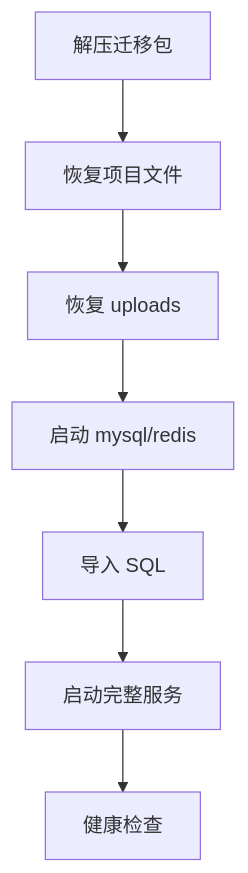
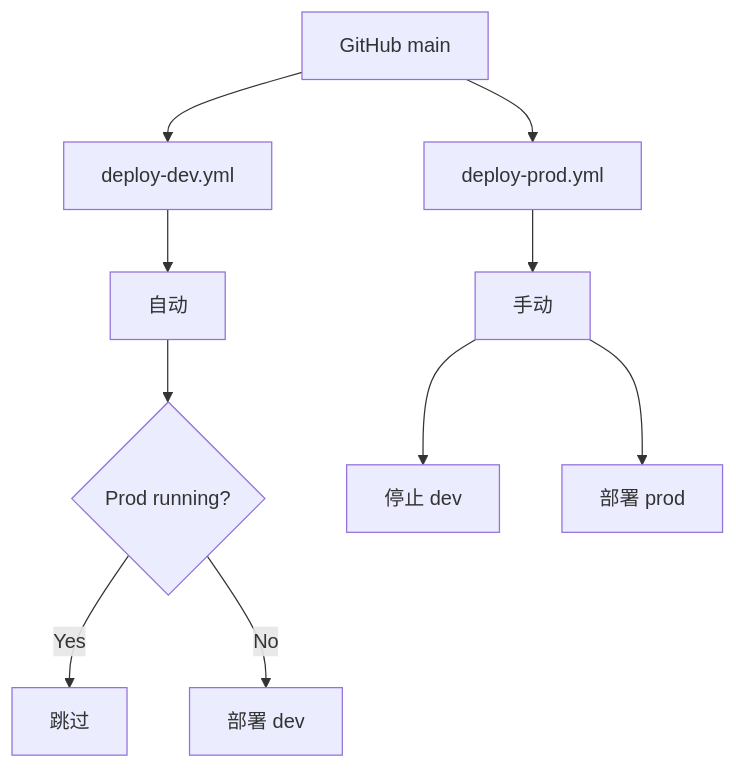
One commit to N40134318/blog-system changed the fifth of 6 diagrams in docs/architecture-overview.md. Above: the diagram before and after it, drawn with Mermaid. The commit also changed other lines of this file and 3 other files, not shown here.

````diff
--- a/docs/architecture-overview.md
+++ b/docs/architecture-overview.md
@@ -192,9 +174,15 @@
-```mermaid
+``` mermaid
 flowchart TD
-    A[解压迁移包] --> B[恢复项目文件]
-    B --> C[恢复 uploads]
-    C --> D[启动 mysql/redis]
-    D --> E[导入 SQL]
-    E --> F[启动完整服务]
-    F --> G[健康检查]
+A[GitHub main] --> B[deploy-dev.yml]
+A --> C[deploy-prod.yml]
+
+B --> D[自动]
+C --> E[手动]
+
+D --> F{Prod running?}
+F -- Yes --> G[跳过]
+F -- No --> H[部署 dev]
+
+E --> I[停止 dev]
+E --> J[部署 prod]
 ```
````
